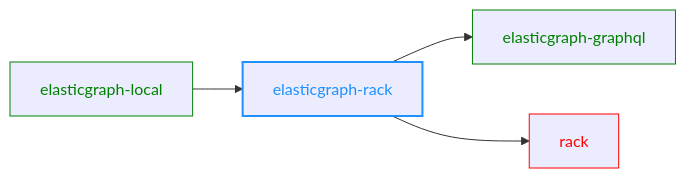
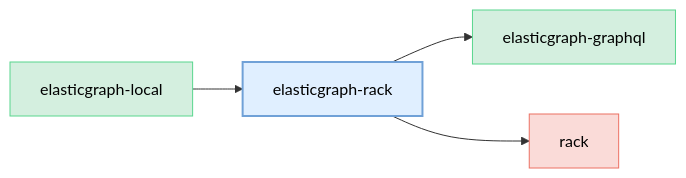
Before and after one commit to block/elasticgraph: the diagram in elasticgraph-rack/README.md, drawn with Mermaid. The commit also changed 23 other files, not shown here.

````diff
--- a/elasticgraph-rack/README.md
+++ b/elasticgraph-rack/README.md
@@ -10,15 +10,18 @@
 ```mermaid
 graph LR;
+    classDef currentGemStyle fill:#E0EFFF,stroke:#70A1D7,color:#000,stroke-width:2px;
+    classDef internalEgGemStyle fill:#D4EFDF,stroke:#58D68D,color:#000;
+    classDef externalGemStyle fill:#FADBD8,stroke:#EC7063,color:#000;
     elasticgraph-rack["elasticgraph-rack"];
+    class elasticgraph-rack currentGemStyle;
     elasticgraph-graphql["elasticgraph-graphql"];
     elasticgraph-rack --> elasticgraph-graphql;
+    class elasticgraph-graphql internalEgGemStyle;
     rack["rack"];
     elasticgraph-rack --> rack;
+    class rack externalGemStyle;
     elasticgraph-local["elasticgraph-local"];
     elasticgraph-local --> elasticgraph-rack;
-    style elasticgraph-rack color:DodgerBlue,stroke-width:2px,stroke:DodgerBlue;
-    style elasticgraph-graphql color:Green,stroke:Green;
-    style rack color:Red,stroke:Red;
-    style elasticgraph-local color:Green,stroke:Green;
+    class elasticgraph-local internalEgGemStyle;
     click rack href "https://rubygems.org/gems/rack" "Open on RubyGems.org" _blank;
 ```
````
